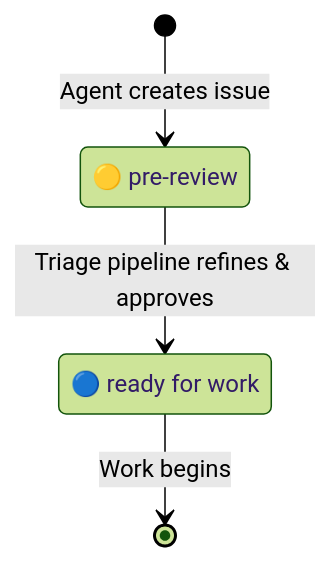
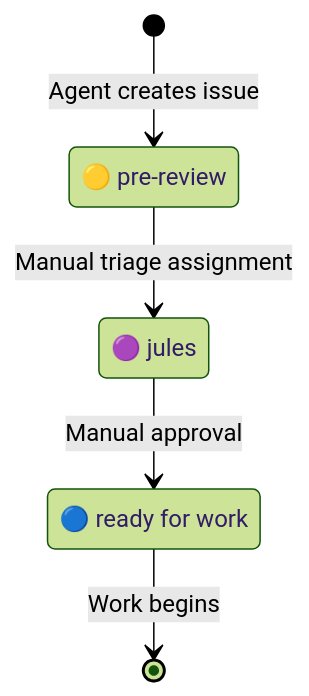
Before and after one commit to LokiMetaSmith/keystone-polyphony: the fifth of 5 diagrams in docs/ci-cd.md, drawn with Mermaid (forest theme). The commit also changed other lines of this file and 1 other file, not shown here.

Commit message:
docs: align periodic workflow and manual triage lifecycle

````diff
--- a/docs/ci-cd.md
+++ b/docs/ci-cd.md
@@ -95,9 +97,11 @@
 ```mermaid
 stateDiagram-v2
     [*] --> pre_review : Agent creates issue
-    pre_review --> ready_for_work : Triage pipeline refines & approves
+    pre_review --> jules : Manual triage assignment
+    jules --> ready_for_work : Manual approval
     ready_for_work --> [*] : Work begins
 
     pre_review : 🟡 pre-review
+    jules : 🟣 jules
     ready_for_work : 🔵 ready for work
 ```
````
